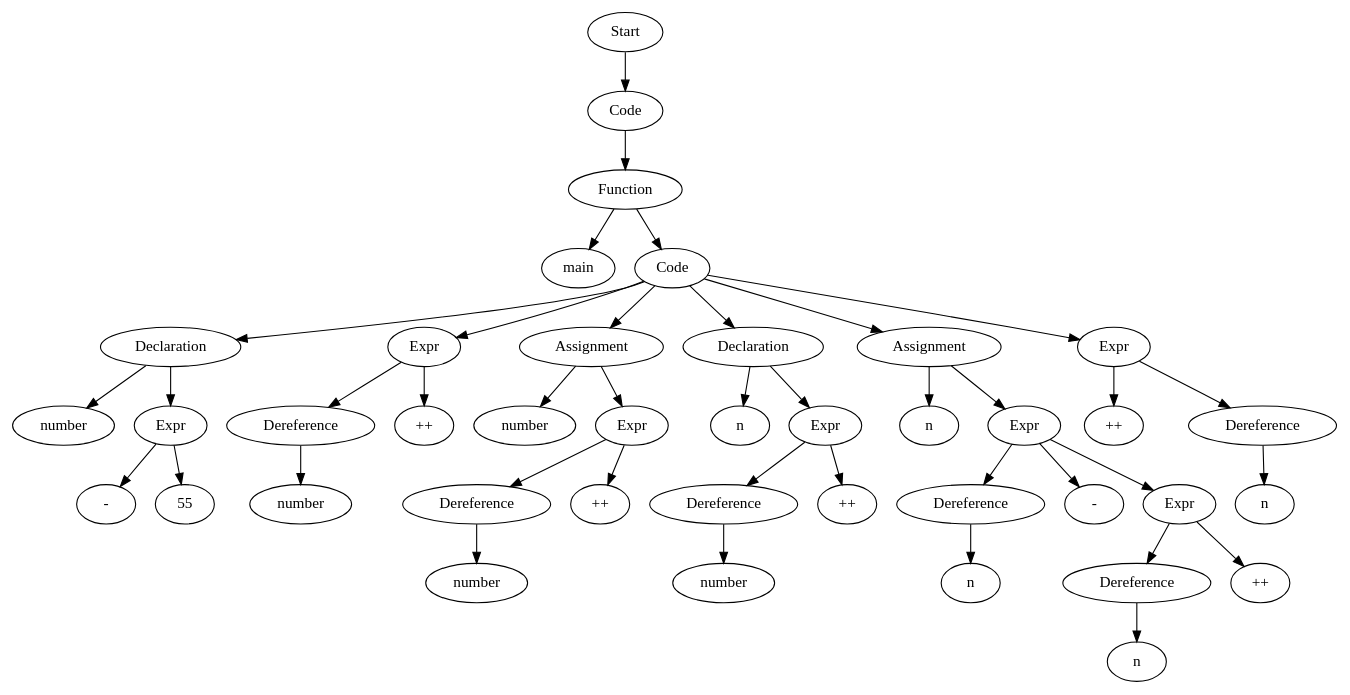
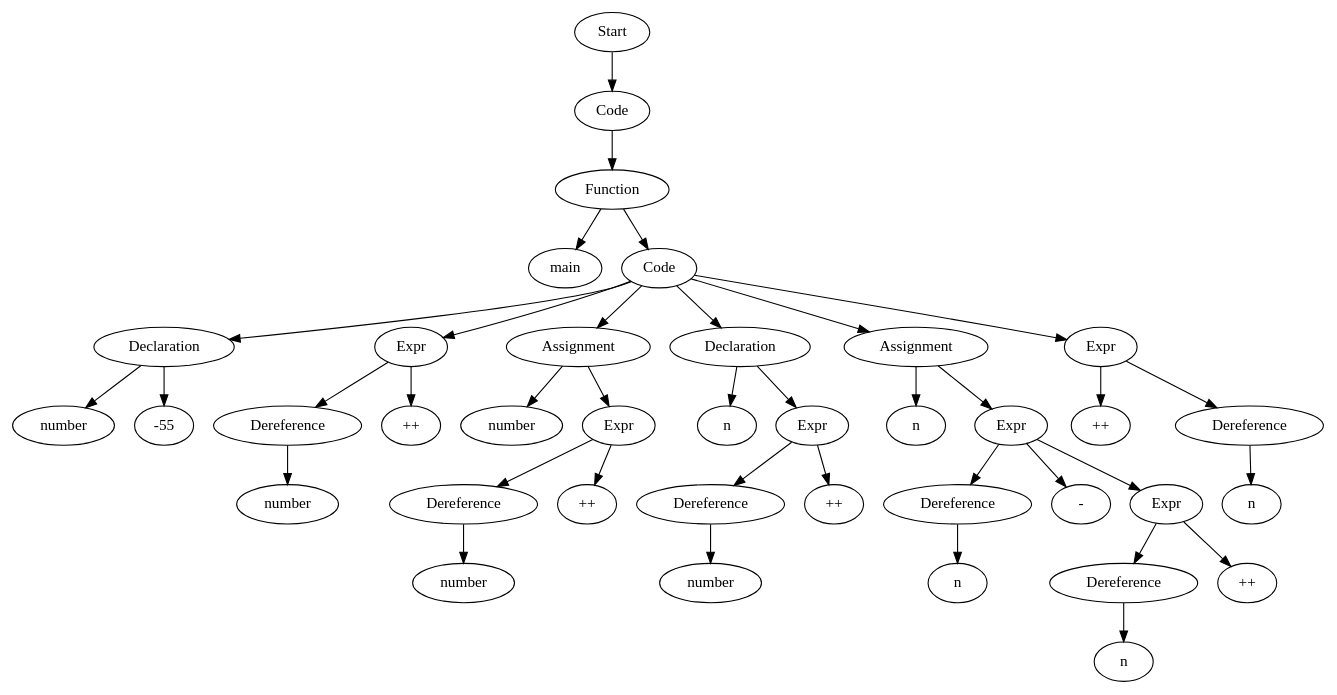
The diagram in testfiles/basic_tests_123/proj2_man_pass_incrementASTVisual.dot (Are-you-listening/Compilers), drawn with Graphviz before and after one commit. The commit also changed 48 other files, not shown here.

```diff
--- a/testfiles/basic_tests_123/proj2_man_pass_incrementASTVisual.dot
+++ b/testfiles/basic_tests_123/proj2_man_pass_incrementASTVisual.dot
@@ -1,81 +1,77 @@
 digraph AST {
-  "134272668360784" [label="Start"];
-  "134272668360784" -> "134272668366784";
-  "134272668366784" [label="Code"];
-  "134272668366784" -> "134272668353728";
-  "134272668353728" [label="Function"];
-  "134272668353728" -> "134272668358672";
-  "134272668353728" -> "134272668361216";
-  "134272668358672" [label="main"];
-  "134272668361216" [label="Code"];
-  "134272668361216" -> "134272668353056";
-  "134272668361216" -> "134272668365824";
-  "134272668361216" -> "134272668357808";
-  "134272668361216" -> "134272668357952";
-  "134272668361216" -> "134272668016960";
-  "134272668361216" -> "134272668014752";
-  "134272668353056" [label="Declaration"];
-  "134272668353056" -> "134272668360544";
-  "134272668353056" -> "134272668362416";
-  "134272668360544" [label="number"];
-  "134272668362416" [label="Expr"];
-  "134272668362416" -> "134272668367744";
-  "134272668362416" -> "134272668368800";
-  "134272668367744" [label="-"];
-  "134272668368800" [label="55"];
-  "134272668365824" [label="Expr"];
-  "134272668365824" -> "134272668362800";
-  "134272668365824" -> "134272668354304";
-  "134272668362800" [label="Dereference"];
-  "134272668362800" -> "134272668358816";
-  "134272668358816" [label="number"];
-  "134272668354304" [label="++"];
-  "134272668357808" [label="Assignment"];
-  "134272668357808" -> "134272668357280";
-  "134272668357808" -> "134272668367552";
-  "134272668357280" [label="number"];
-  "134272668367552" [label="Expr"];
-  "134272668367552" -> "134272668009568";
-  "134272668367552" -> "134272668363568";
-  "134272668009568" [label="Dereference"];
-  "134272668009568" -> "134272668367312";
-  "134272668367312" [label="number"];
-  "134272668363568" [label="++"];
-  "134272668357952" [label="Declaration"];
-  "134272668357952" -> "134272668015376";
-  "134272668357952" -> "134272668009520";
-  "134272668015376" [label="n"];
-  "134272668009520" [label="Expr"];
-  "134272668009520" -> "134272668016768";
-  "134272668009520" -> "134272668019120";
-  "134272668016768" [label="Dereference"];
-  "134272668016768" -> "134272668013360";
-  "134272668013360" [label="number"];
-  "134272668019120" [label="++"];
-  "134272668016960" [label="Assignment"];
-  "134272668016960" -> "134272668011248";
-  "134272668016960" -> "134272668014608";
-  "134272668011248" [label="n"];
-  "134272668014608" [label="Expr"];
-  "134272668014608" -> "134272668008848";
-  "134272668014608" -> "134272668009328";
-  "134272668014608" -> "134272668017728";
-  "134272668008848" [label="Dereference"];
-  "134272668008848" -> "134272668010432";
-  "134272668010432" [label="n"];
-  "134272668009328" [label="-"];
-  "134272668017728" [label="Expr"];
-  "134272668017728" -> "134272668017488";
-  "134272668017728" -> "134272668010192";
-  "134272668017488" [label="Dereference"];
-  "134272668017488" -> "134272668015616";
-  "134272668015616" [label="n"];
-  "134272668010192" [label="++"];
-  "134272668014752" [label="Expr"];
-  "134272668014752" -> "134272668013120";
-  "134272668014752" -> "134272668016672";
-  "134272668013120" [label="++"];
-  "134272668016672" [label="Dereference"];
-  "134272668016672" -> "134272668016288";
-  "134272668016288" [label="n"];
+  "135542898543440" [label="Start"];
+  "135542898543440" -> "135542898544016";
+  "135542898544016" [label="Code"];
+  "135542898544016" -> "135542898541712";
+  "135542898541712" [label="Function"];
+  "135542898541712" -> "135542898553424";
+  "135542898541712" -> "135542898546848";
+  "135542898553424" [label="main"];
+  "135542898546848" [label="Code"];
+  "135542898546848" -> "135542898551312";
+  "135542898546848" -> "135542898545024";
+  "135542898546848" -> "135542898542048";
+  "135542898546848" -> "135542898544400";
+  "135542898546848" -> "135542898553616";
+  "135542898546848" -> "135542898554096";
+  "135542898551312" [label="Declaration"];
+  "135542898551312" -> "135542898546944";
+  "135542898551312" -> "135542898543680";
+  "135542898546944" [label="number"];
+  "135542898543680" [label="-55"];
+  "135542898545024" [label="Expr"];
+  "135542898545024" -> "135542898554048";
+  "135542898545024" -> "135542898545600";
+  "135542898554048" [label="Dereference"];
+  "135542898554048" -> "135542898545504";
+  "135542898545504" [label="number"];
+  "135542898545600" [label="++"];
+  "135542898542048" [label="Assignment"];
+  "135542898542048" -> "135542898545120";
+  "135542898542048" -> "135542898544256";
+  "135542898545120" [label="number"];
+  "135542898544256" [label="Expr"];
+  "135542898544256" -> "135542898543824";
+  "135542898544256" -> "135542898541280";
+  "135542898543824" [label="Dereference"];
+  "135542898543824" -> "135542898544160";
+  "135542898544160" [label="number"];
+  "135542898541280" [label="++"];
+  "135542898544400" [label="Declaration"];
+  "135542898544400" -> "135542898540992";
+  "135542898544400" -> "135542898553472";
+  "135542898540992" [label="n"];
+  "135542898553472" [label="Expr"];
+  "135542898553472" -> "135542898553712";
+  "135542898553472" -> "135542898553664";
+  "135542898553712" [label="Dereference"];
+  "135542898553712" -> "135542898553568";
+  "135542898553568" [label="number"];
+  "135542898553664" [label="++"];
+  "135542898553616" [label="Assignment"];
+  "135542898553616" -> "135542898553808";
+  "135542898553616" -> "135542898553952";
+  "135542898553808" [label="n"];
+  "135542898553952" [label="Expr"];
+  "135542898553952" -> "135542898542720";
+  "135542898553952" -> "135542898554240";
+  "135542898553952" -> "135542898554384";
+  "135542898542720" [label="Dereference"];
+  "135542898542720" -> "135542898554336";
+  "135542898554336" [label="n"];
+  "135542898554240" [label="-"];
+  "135542898554384" [label="Expr"];
+  "135542898554384" -> "135542898555152";
+  "135542898554384" -> "135542898554576";
+  "135542898555152" [label="Dereference"];
+  "135542898555152" -> "135542898554480";
+  "135542898554480" [label="n"];
+  "135542898554576" [label="++"];
+  "135542898554096" [label="Expr"];
+  "135542898554096" -> "135542898554672";
+  "135542898554096" -> "135542898555248";
+  "135542898554672" [label="++"];
+  "135542898555248" [label="Dereference"];
+  "135542898555248" -> "135542898555008";
+  "135542898555008" [label="n"];
 }
```
